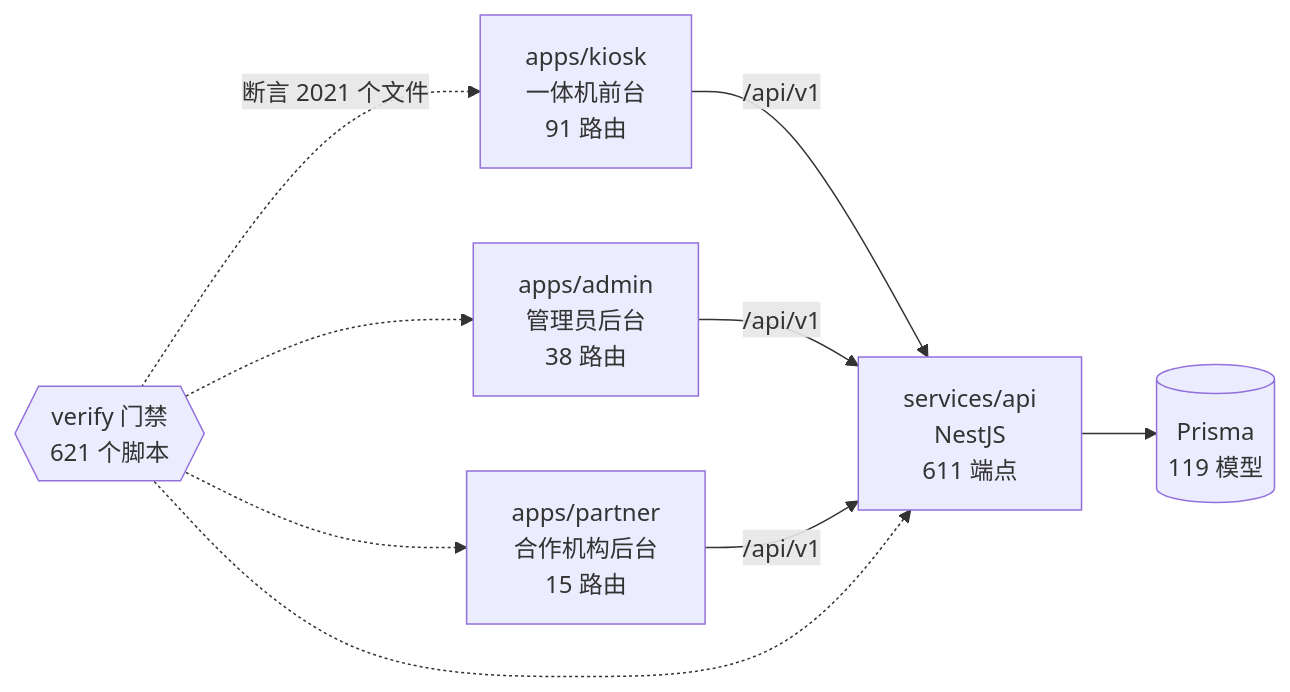
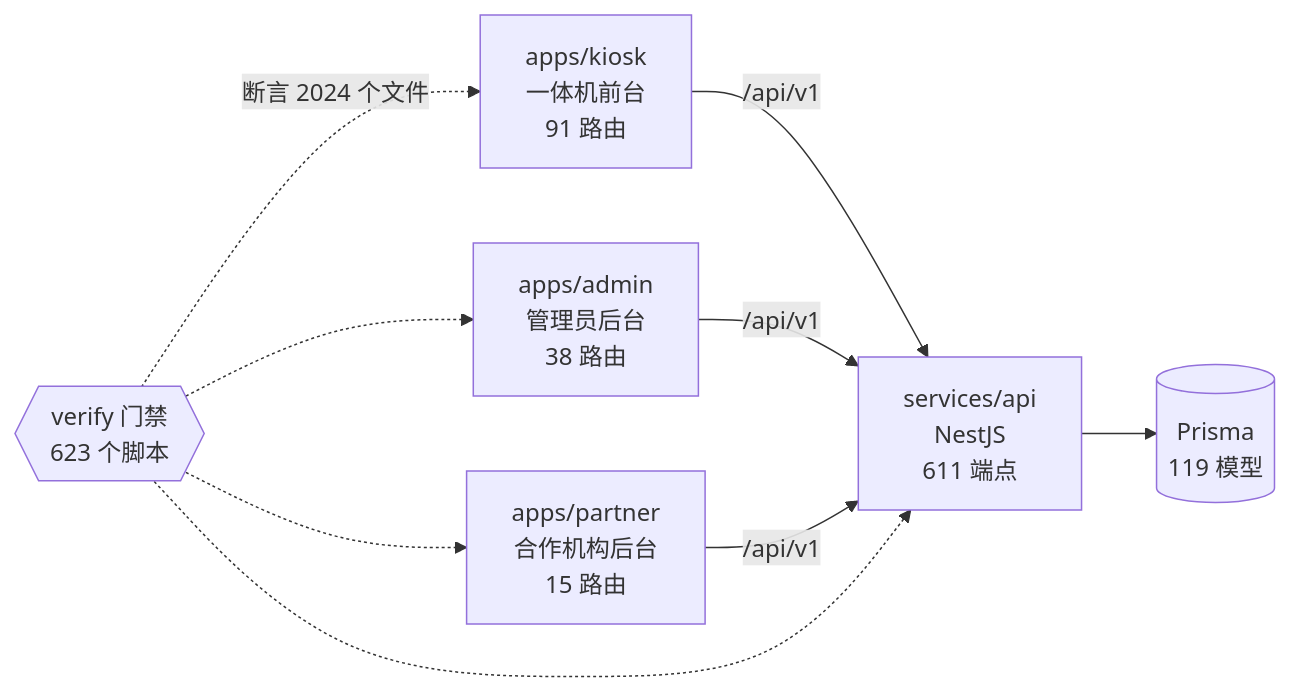
Before and after one commit to wanglei581/YITIJI: the diagram in docs/graph/README.md, drawn with Mermaid. The commit also changed other lines of this file and 16 other files, not shown here.

````diff
--- a/docs/graph/README.md
+++ b/docs/graph/README.md
@@ -68,18 +68,18 @@
 ```mermaid
 flowchart LR
   kiosk["apps/kiosk<br/>一体机前台<br/>91 路由"]
   admin["apps/admin<br/>管理员后台<br/>38 路由"]
   partner["apps/partner<br/>合作机构后台<br/>15 路由"]
   api["services/api<br/>NestJS<br/>611 端点"]
   db[("Prisma<br/>119 模型")]
-  gates{{"verify 门禁<br/>621 个脚本"}}
+  gates{{"verify 门禁<br/>623 个脚本"}}
 
   kiosk -->|"/api/v1"| api
   admin -->|"/api/v1"| api
   partner -->|"/api/v1"| api
   api --> db
-  gates -.->|"断言 2021 个文件"| kiosk
+  gates -.->|"断言 2024 个文件"| kiosk
   gates -.-> admin
   gates -.-> partner
   gates -.-> api
 ```
````
